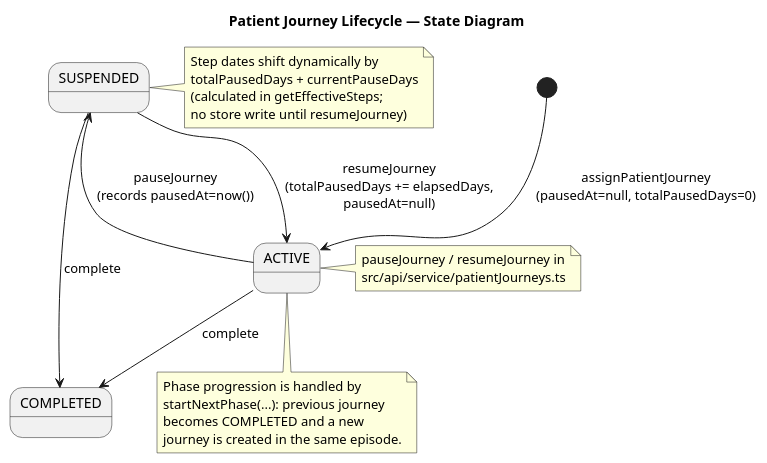
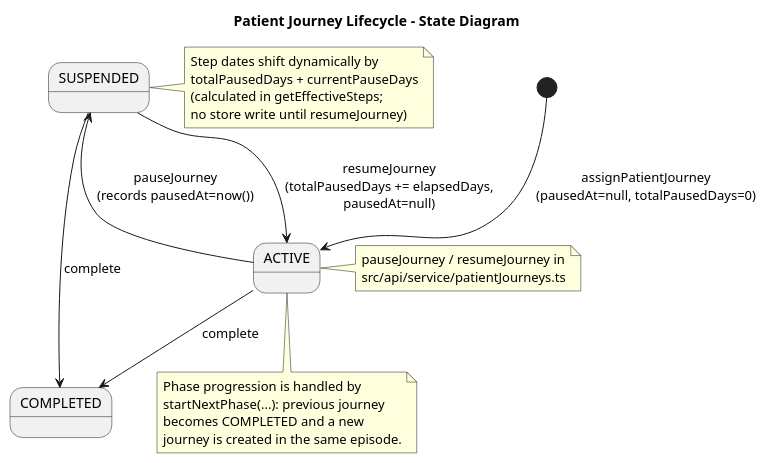
One commit to gforge/DUK changed the diagram in docs/diagrams/patient-journey-lifecycle.puml. Above: the diagram before and after it, drawn with PlantUML. The commit also changed 63 other files, not shown here.

```diff
--- a/docs/diagrams/patient-journey-lifecycle.puml
+++ b/docs/diagrams/patient-journey-lifecycle.puml
@@ -1,34 +1,40 @@
 @startuml
-title Patient Journey Lifecycle — State Diagram
+' Purpose: Patient journey lifecycle and phase progression
+' Source of truth:
+'   src/api/schemas/journey.ts
+'   src/api/service/patientJourneys.ts
+'   src/api/service/journeyDates.ts
+
+title Patient Journey Lifecycle - State Diagram
 
 state ACTIVE
 state SUSPENDED
 state COMPLETED
 
 [*] --> ACTIVE : assignPatientJourney\n(pausedAt=null, totalPausedDays=0)
 
 ACTIVE --> SUSPENDED : pauseJourney\n(records pausedAt=now())
 SUSPENDED --> ACTIVE : resumeJourney\n(totalPausedDays += elapsedDays,\npausedAt=null)
 ACTIVE --> COMPLETED : complete
 SUSPENDED --> COMPLETED : complete
 
 note right of SUSPENDED
   Step dates shift dynamically by
   totalPausedDays + currentPauseDays
   (calculated in getEffectiveSteps;
   no store write until resumeJourney)
 end note
 
 note right of ACTIVE
   pauseJourney / resumeJourney in
   src/api/service/patientJourneys.ts
 end note
 
 note bottom of ACTIVE
   Phase progression is handled by
   startNextPhase(...): previous journey
   becomes COMPLETED and a new
   journey is created in the same episode.
 end note
 
 @enduml
```
